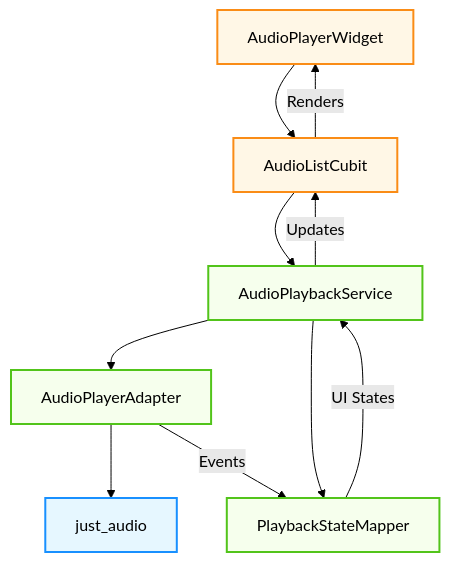
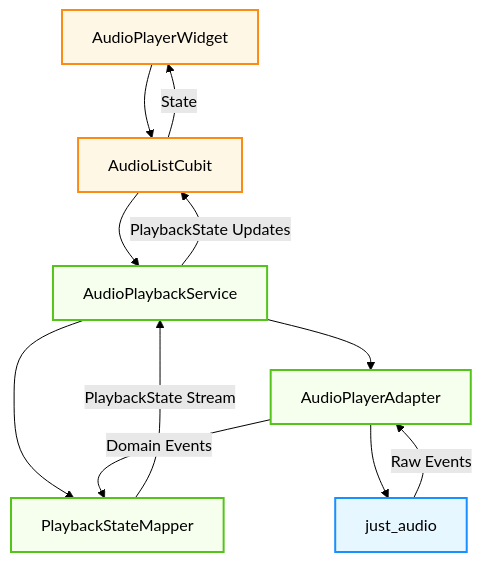
The sixth of 10 diagrams in architecture.md (MediScribe/docjet-mobile), drawn with Mermaid (forest theme) before and after one commit. The commit also changed other lines of this file, not shown here.

Commit message:
updated architecture doc

````diff
--- a/architecture.md
+++ b/architecture.md
@@ -266,20 +312,21 @@
 ```mermaid
 graph TB
     UI[AudioPlayerWidget] --> Cubit[AudioListCubit]
     Cubit --> Service[AudioPlaybackService]
+    Service --> Mapper[PlaybackStateMapper]
     Service --> Adapter[AudioPlayerAdapter]
-    Service --> Mapper[PlaybackStateMapper]
     Adapter --> Library[just_audio]
-    Adapter -- Events --> Mapper
-    Mapper -- UI States --> Service
-    Service -- Updates --> Cubit
-    Cubit -- Renders --> UI
+    Library -- Raw Events --> Adapter
+    Adapter -- Domain Events --> Mapper
+    Mapper -- PlaybackState Stream --> Service
+    Service -- PlaybackState Updates --> Cubit
+    Cubit -- State --> UI
     
     %% Styling
     style UI fill:#fff7e6,stroke:#fa8c16,stroke-width:2px
     style Cubit fill:#fff7e6,stroke:#fa8c16,stroke-width:2px
     style Service fill:#f6ffed,stroke:#52c41a,stroke-width:2px
     style Adapter fill:#f6ffed,stroke:#52c41a,stroke-width:2px
     style Mapper fill:#f6ffed,stroke:#52c41a,stroke-width:2px
     style Library fill:#e6f7ff,stroke:#1890ff,stroke-width:2px
 ```
````
